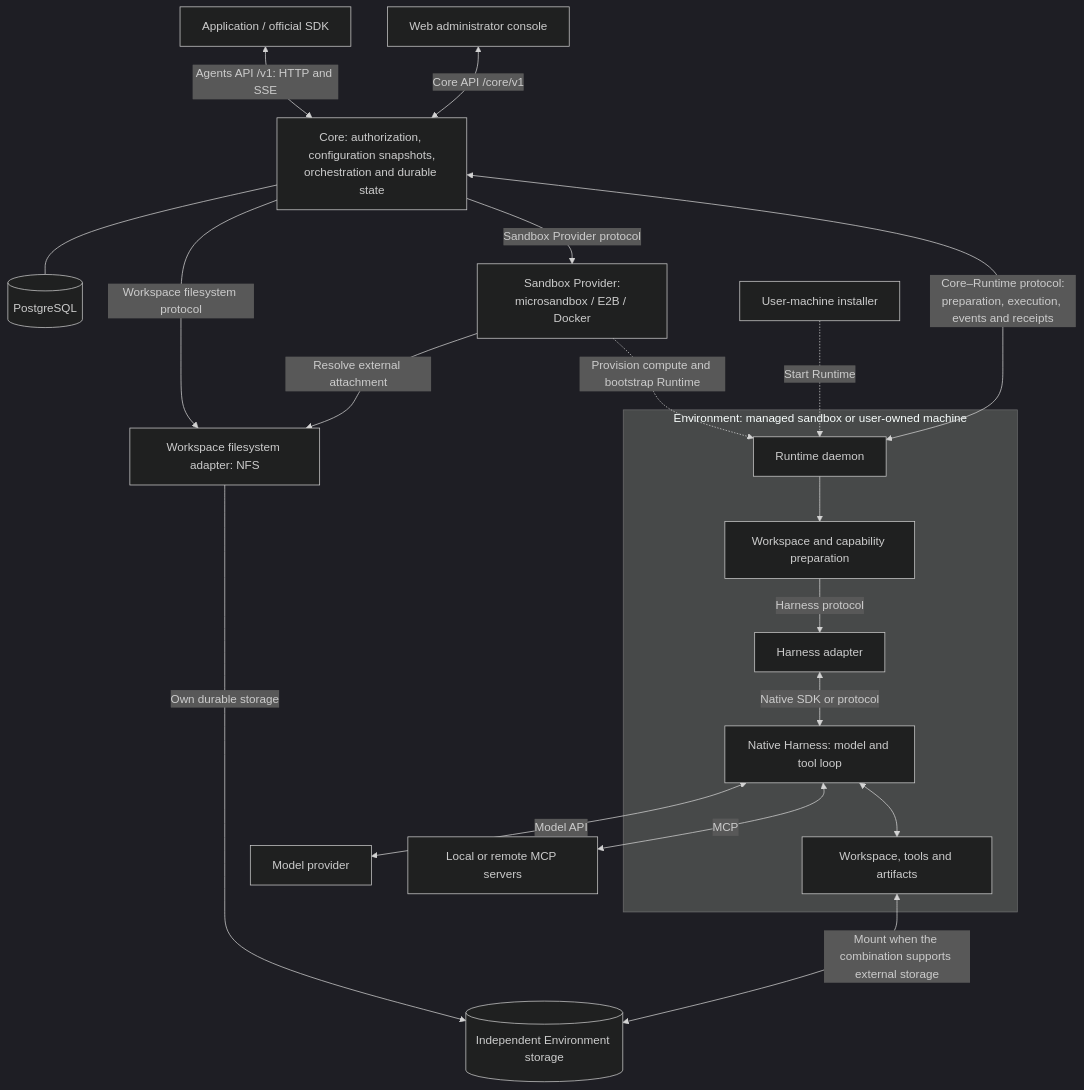
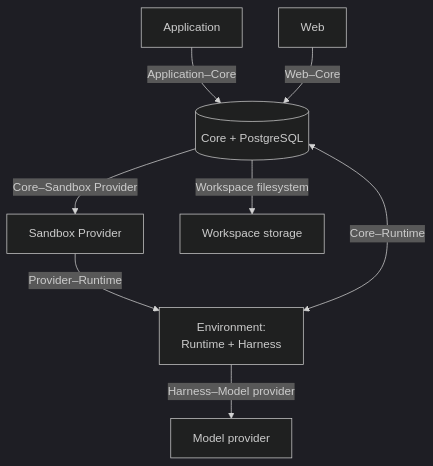
One commit to 471402921/OpenAgentCore changed the first of 2 diagrams in docs/architecture.md. Above: the diagram before and after it, drawn with Mermaid (dark theme). The commit also changed other lines of this file and 7 other files, not shown here.

First line of the commit message:
Redraw the architecture page as two small diagrams (#750)

````diff
--- a/docs/architecture.md
+++ b/docs/architecture.md
@@ -9,23 +9,11 @@
 ```mermaid
 flowchart TB
-    App["Application / official SDK"] <-->|"Agents API /v1: HTTP and SSE"| Core
-    Web["Web administrator console"] <-->|"Core API /core/v1"| Core
-    Core["Core: authorization, configuration snapshots,<br/>orchestration and durable state"]
-    Core --- DB[("PostgreSQL")]
-    Core -->|"Sandbox Provider protocol"| SP["Sandbox Provider:<br/>microsandbox / E2B / Docker"]
-    Core -->|"Workspace filesystem protocol"| FS["Workspace filesystem adapter: NFS"]
-    SP -->|"Resolve external attachment"| FS
-    FS -->|"Own durable storage"| Store[("Independent Environment storage")]
-    SP -.->|"Provision compute and bootstrap Runtime"| R
-    User["User-machine installer"] -.->|"Start Runtime"| R
-    Core <-->|"Core–Runtime protocol:<br/>preparation, execution, events and receipts"| R
-    subgraph Env["Environment: managed sandbox or user-owned machine"]
-        R["Runtime daemon"] --> P["Workspace and capability preparation"]
-        P -->|"Harness protocol"| A["Harness adapter"]
-        A <-->|"Native SDK or protocol"| H["Native Harness: model and tool loop"]
-        H <--> F["Workspace, tools and artifacts"]
-    end
-    F <-->|"Mount when the combination supports external storage"| Store
-    H <-->|"Model API"| Model["Model provider"]
-    H <-->|"MCP"| MCP["Local or remote MCP servers"]
+    App["Application"] -->|"Application–Core"| Core
+    Web["Web"] -->|"Web–Core"| Core
+    Core[("Core + PostgreSQL")]
+    Core -->|"Core–Sandbox Provider"| SP["Sandbox Provider"]
+    Core -->|"Workspace filesystem"| FS["Workspace storage"]
+    SP -->|"Provider–Runtime"| Env
+    Core <-->|"Core–Runtime"| Env["Environment:<br/>Runtime + Harness"]
+    Env -->|"Harness–Model provider"| Model["Model provider"]
 ```
````
